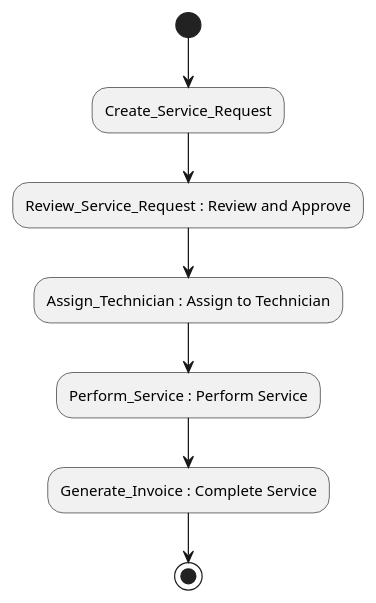
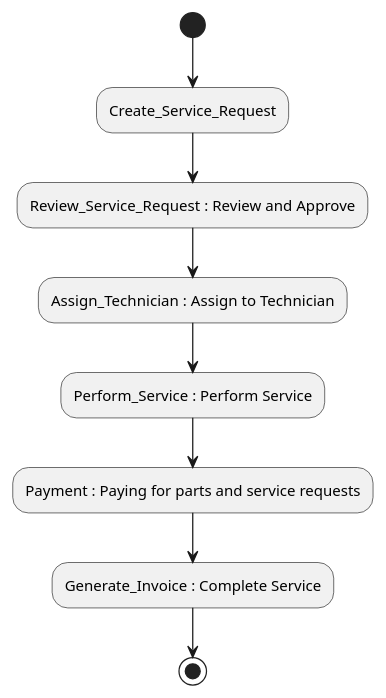
The diagram in umlDiagrams/computer_service_activity_diagram.plantuml (Fluorky/Computer-Service-Django-Api), drawn with PlantUML before and after one commit. The commit also changed 1 other file, not shown here.

Commit message:
Update plantuml diagrams

```diff
--- a/umlDiagrams/computer_service_activity_diagram.plantuml
+++ b/umlDiagrams/computer_service_activity_diagram.plantuml
@@ -1,10 +1,11 @@
 @startuml
 
 (*) --> Create_Service_Request
 --> Review_Service_Request : Review and Approve
 --> Assign_Technician : Assign to Technician
 --> Perform_Service : Perform Service
+--> Payment : Paying for parts and service requests
 --> Generate_Invoice : Complete Service
 --> (*)
 
 @enduml
```
